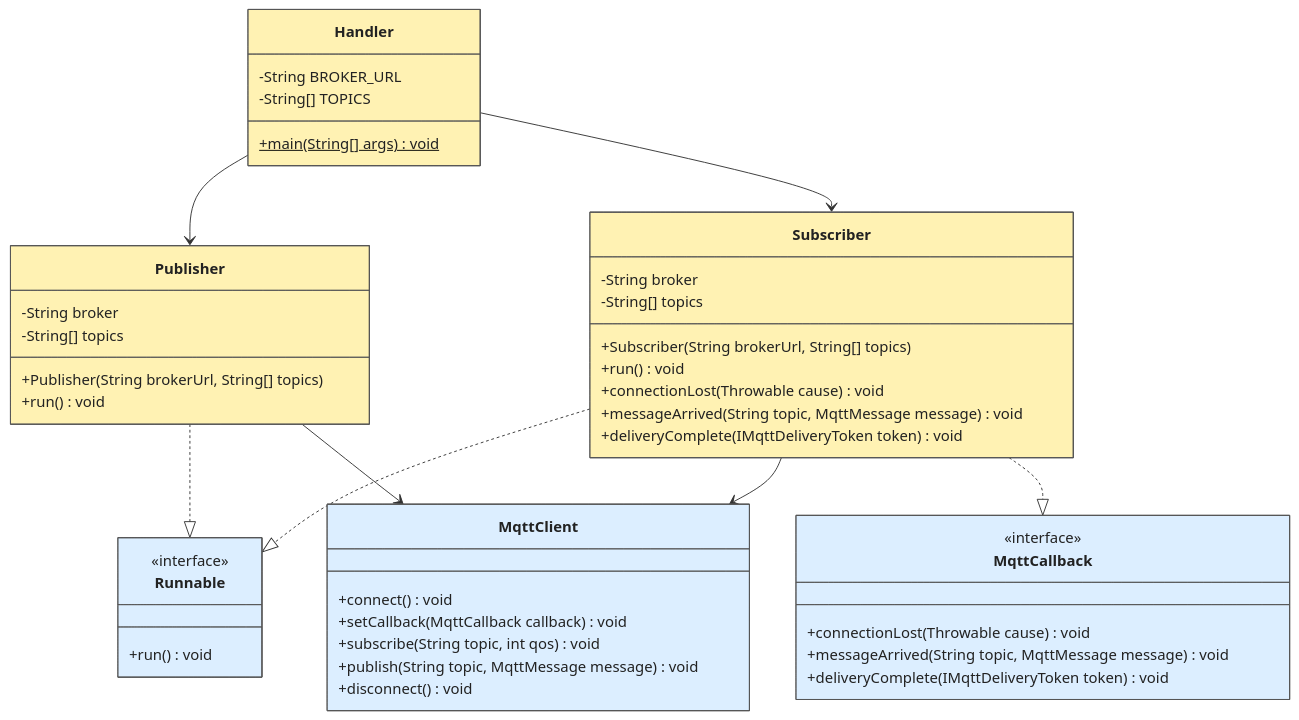
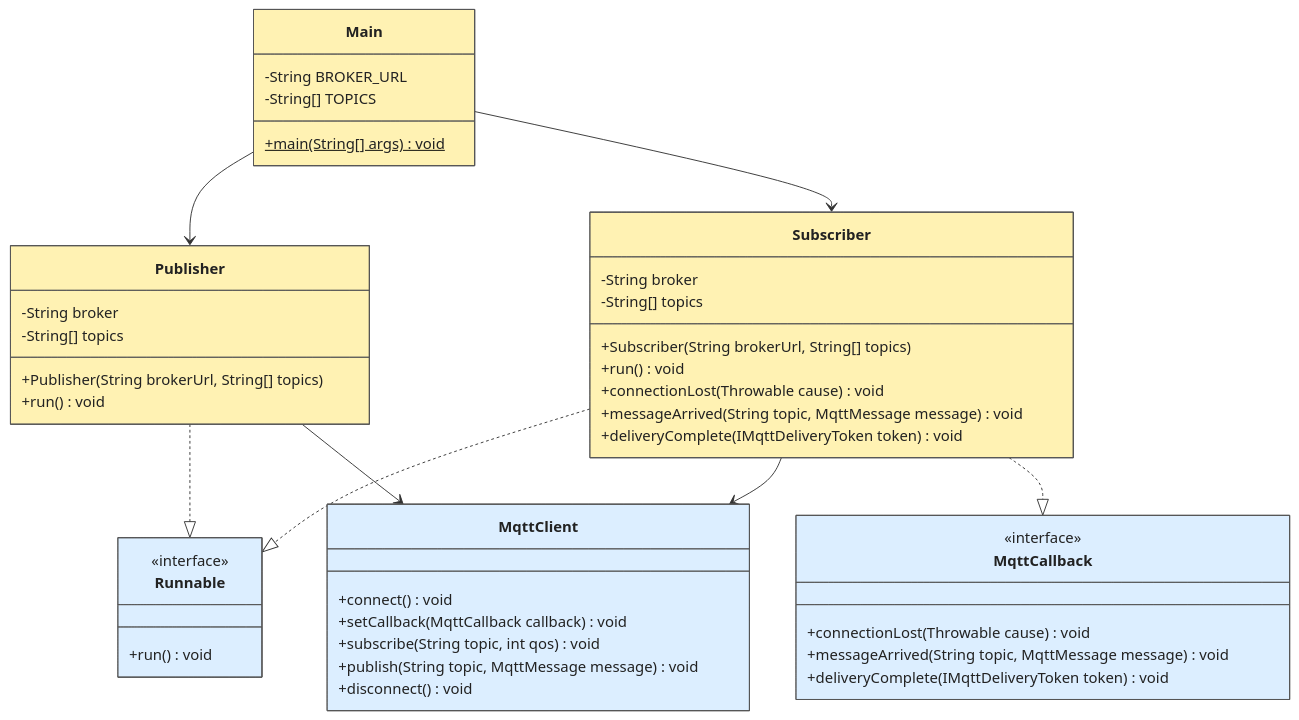
Before and after one commit to csc-3100/cloud-mqtt: the diagram in DIAGRAM.md, drawn with Mermaid.

Commit message:
Rename MQTT entry point references to Main

````diff
--- a/DIAGRAM.md
+++ b/DIAGRAM.md
@@ -2,78 +2,78 @@
 ```mermaid
 ---
 config:
   class:
     diagramPadding: 60
 ---
 classDiagram
     direction TB
 
-    class Handler {
+    class Main {
         -String BROKER_URL
         -String[] TOPICS
         +main(String[] args)$ void
     }
 
     class Publisher {
         -String broker
         -String[] topics
         +Publisher(String brokerUrl, String[] topics)
         +run() void
     }
 
     class Subscriber {
         -String broker
         -String[] topics
         +Subscriber(String brokerUrl, String[] topics)
         +run() void
         +connectionLost(Throwable cause) void
         +messageArrived(String topic, MqttMessage message) void
         +deliveryComplete(IMqttDeliveryToken token) void
     }
 
     class Runnable {
         <<interface>>
         +run() void
     }
 
     class MqttCallback {
         <<interface>>
         +connectionLost(Throwable cause) void
         +messageArrived(String topic, MqttMessage message) void
         +deliveryComplete(IMqttDeliveryToken token) void
     }
 
     class MqttClient {
         +connect() void
         +setCallback(MqttCallback callback) void
         +subscribe(String topic, int qos) void
         +publish(String topic, MqttMessage message) void
         +disconnect() void
     }
 
     %% Associations
-    Handler --> Publisher
-    Handler --> Subscriber
+    Main --> Publisher
+    Main --> Subscriber
 
     %% Runnable implemented by both classes
     Publisher ..|> Runnable
     Subscriber ..|> Runnable
 
     %% MQTT dependencies
     Publisher --> MqttClient
     Subscriber --> MqttClient
 
     %% MQTT callback interface
     Subscriber ..|> MqttCallback
 
 
     %% CSC 3100 UML colors
 
-    style Handler fill:#FFF2B3,stroke:#555555,color:#222222
+    style Main fill:#FFF2B3,stroke:#555555,color:#222222
     style Publisher fill:#FFF2B3,stroke:#555555,color:#222222
     style Subscriber fill:#FFF2B3,stroke:#555555,color:#222222
 
     style Runnable fill:#DCEEFF,stroke:#555555,color:#222222
     style MqttCallback fill:#DCEEFF,stroke:#555555,color:#222222
     style MqttClient fill:#DCEEFF,stroke:#555555,color:#222222
 ```
````
